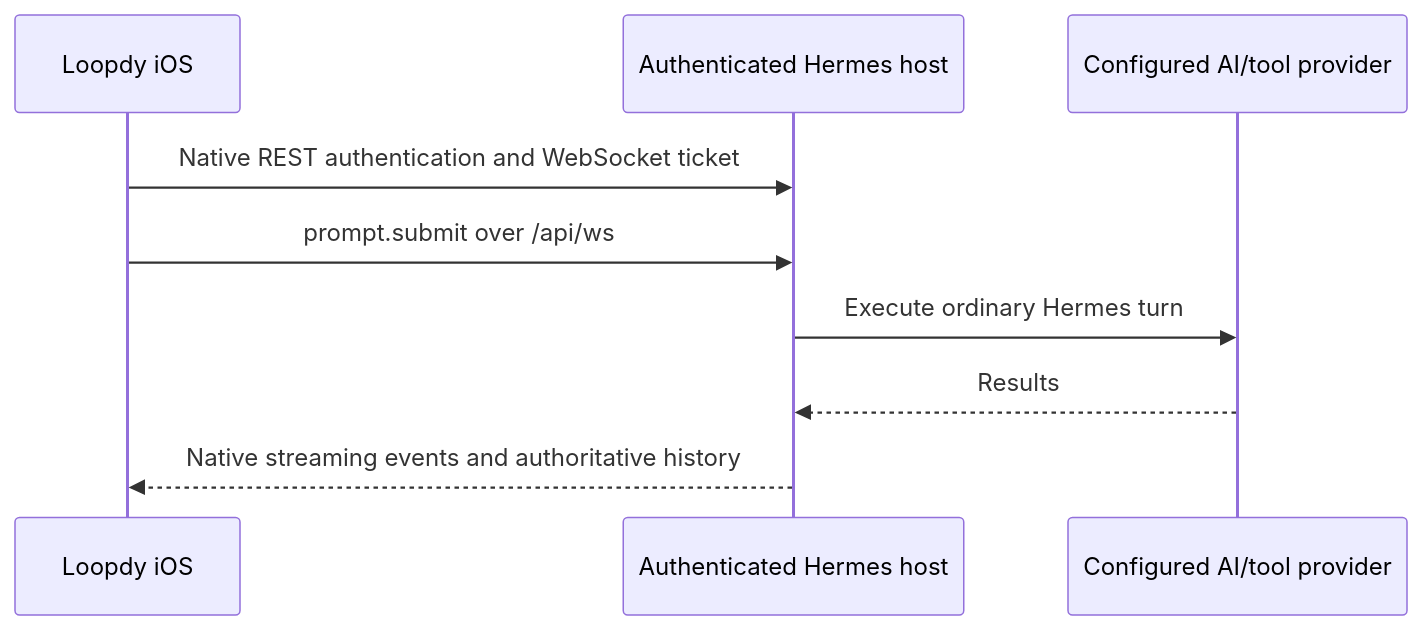
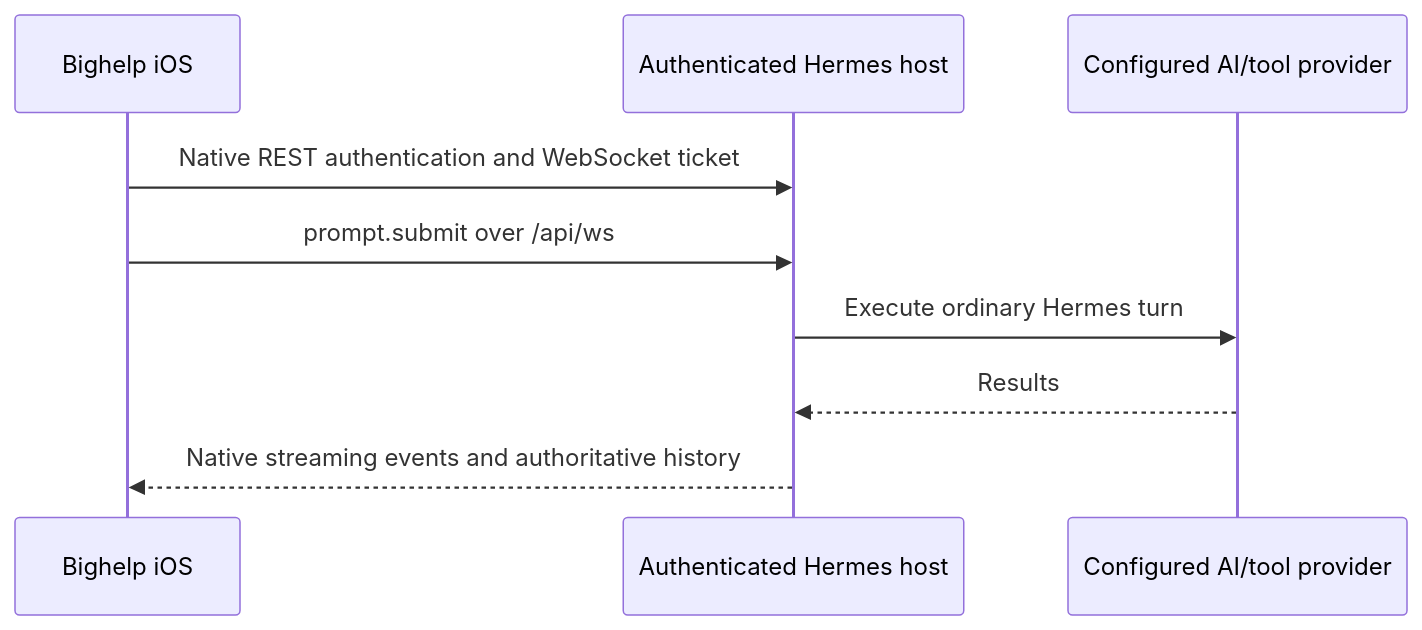
One commit to micca20/bighelp changed the first of 2 diagrams in docs/ARCHITECTURE.md. Above: the diagram before and after it, drawn with Mermaid. The commit also changed other lines of this file and 2296 other files, not shown here.

Commit message:
Rename Loopdy to bighelp across the code; drop the old plugin copy

````diff
--- a/docs/ARCHITECTURE.md
+++ b/docs/ARCHITECTURE.md
@@ -42,11 +42,11 @@
 ```mermaid
 sequenceDiagram
-    participant I as Loopdy iOS
+    participant I as Bighelp iOS
     participant H as Authenticated Hermes host
     participant P as Configured AI/tool provider
     I->>H: Native REST authentication and WebSocket ticket
     I->>H: prompt.submit over /api/ws
     H->>P: Execute ordinary Hermes turn
     P-->>H: Results
     H-->>I: Native streaming events and authoritative history
 ```
````
